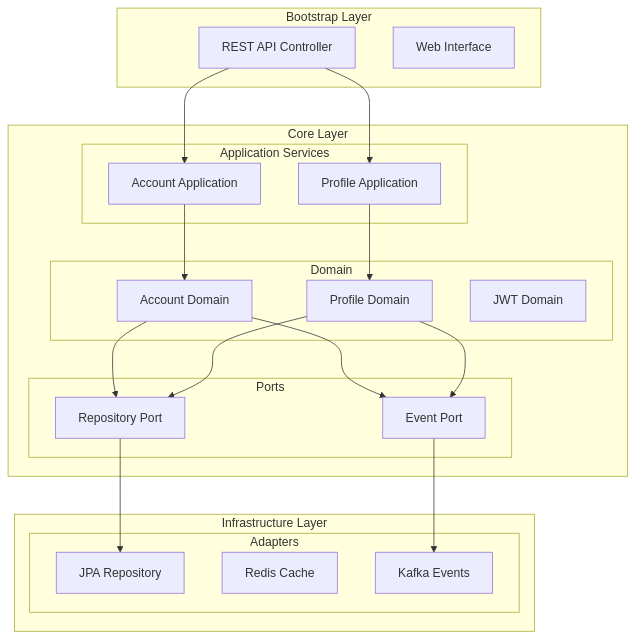
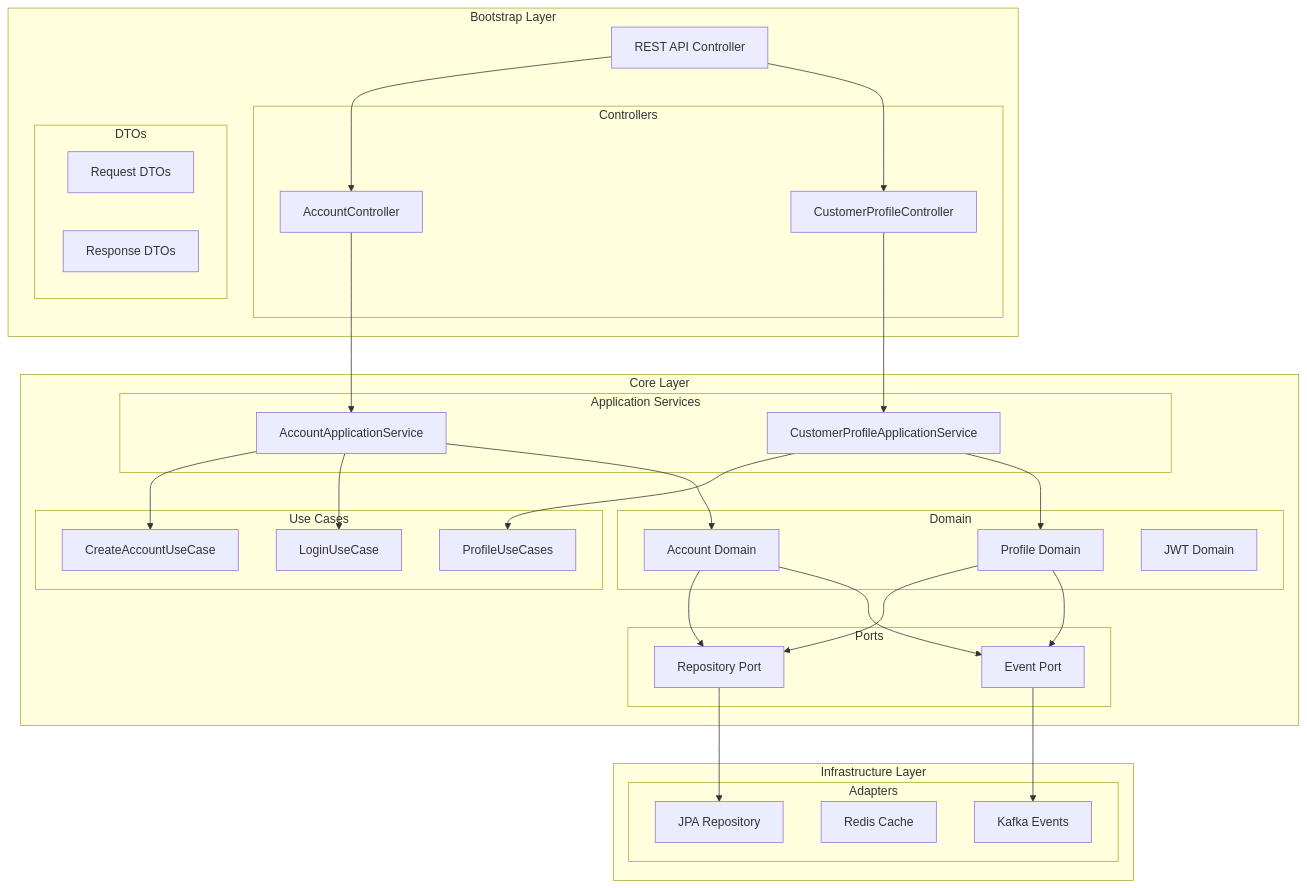
One commit to wlgns5376/msa-ecommerce-customer changed the first of 2 diagrams in README.md. Above: the diagram before and after it, drawn with Mermaid. The commit also changed other lines of this file and 56 other files, not shown here.

First line of the commit message:
feat: Customer Service API Endpoints 구현 및 문서화 (#7)

````diff
--- a/README.md
+++ b/README.md
@@ -37,44 +40,62 @@
 ```mermaid
 graph TB
     subgraph "Bootstrap Layer"
         API[REST API Controller]
-        WEB[Web Interface]
+        subgraph "Controllers"
+            ACCOUNT_CTRL[AccountController]
+            PROFILE_CTRL[CustomerProfileController]
+        end
+        subgraph "DTOs"
+            REQ_DTO[Request DTOs]
+            RES_DTO[Response DTOs]
+        end
     end
     
     subgraph "Core Layer"
+        subgraph "Application Services"
+            ACCOUNT_APP[AccountApplicationService]
+            PROFILE_APP[CustomerProfileApplicationService]
+        end
+        
+        subgraph "Use Cases"
+            UC_CREATE[CreateAccountUseCase]
+            UC_LOGIN[LoginUseCase]
+            UC_PROFILE[ProfileUseCases]
+        end
+        
         subgraph "Domain"
             ACCOUNT[Account Domain]
             PROFILE[Profile Domain]
             JWT[JWT Domain]
-        end
-        
-        subgraph "Application Services"
-            ACCOUNT_APP[Account Application]
-            PROFILE_APP[Profile Application]
         end
         
         subgraph "Ports"
             REPO_PORT[Repository Port]
             EVENT_PORT[Event Port]
         end
     end
     
     subgraph "Infrastructure Layer"
         subgraph "Adapters"
             JPA[JPA Repository]
             REDIS[Redis Cache]
             KAFKA[Kafka Events]
         end
     end
     
-    API --> ACCOUNT_APP
-    API --> PROFILE_APP
+    API --> ACCOUNT_CTRL
+    API --> PROFILE_CTRL
+    ACCOUNT_CTRL --> ACCOUNT_APP
+    PROFILE_CTRL --> PROFILE_APP
+    ACCOUNT_APP --> UC_CREATE
+    ACCOUNT_APP --> UC_LOGIN
+    PROFILE_APP --> UC_PROFILE
     ACCOUNT_APP --> ACCOUNT
     PROFILE_APP --> PROFILE
     ACCOUNT --> REPO_PORT
     PROFILE --> REPO_PORT
     ACCOUNT --> EVENT_PORT
     PROFILE --> EVENT_PORT
     REPO_PORT --> JPA
     EVENT_PORT --> KAFKA
 ```
````
